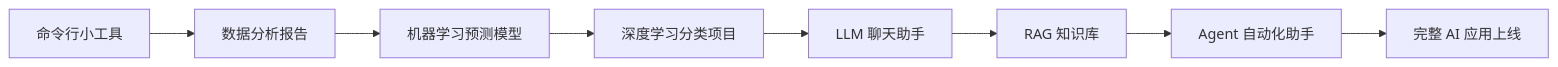
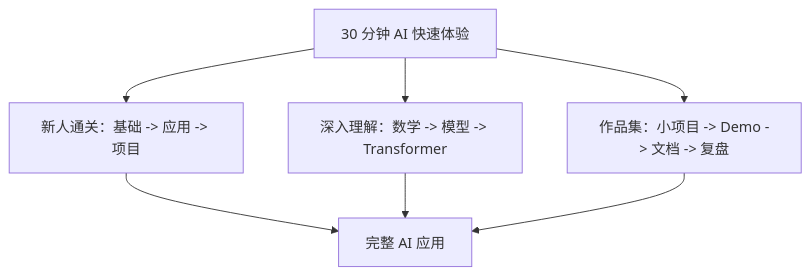
One commit to oudbiao/AI-fullstack-course changed the diagram in docs/intro/learning-path.md. Above: the diagram before and after it, drawn with Mermaid. The commit also changed other lines of this file and 16 other files, not shown here.

````diff
--- a/docs/intro/learning-path.md
+++ b/docs/intro/learning-path.md
@@ -129,10 +27,9 @@
 ```mermaid
-flowchart LR
-  A[命令行小工具] --> B[数据分析报告]
-  B --> C[机器学习预测模型]
-  C --> D[深度学习分类项目]
-  D --> E[LLM 聊天助手]
-  E --> F[RAG 知识库]
-  F --> G[Agent 自动化助手]
-  G --> H[完整 AI 应用上线]
+flowchart TB
+  A["30 分钟 AI 快速体验"] --> B["新人通关：基础 -> 应用 -> 项目"]
+  A --> C["深入理解：数学 -> 模型 -> Transformer"]
+  A --> D["作品集：小项目 -> Demo -> 文档 -> 复盘"]
+  B --> E["完整 AI 应用"]
+  C --> E
+  D --> E
 ```
````
